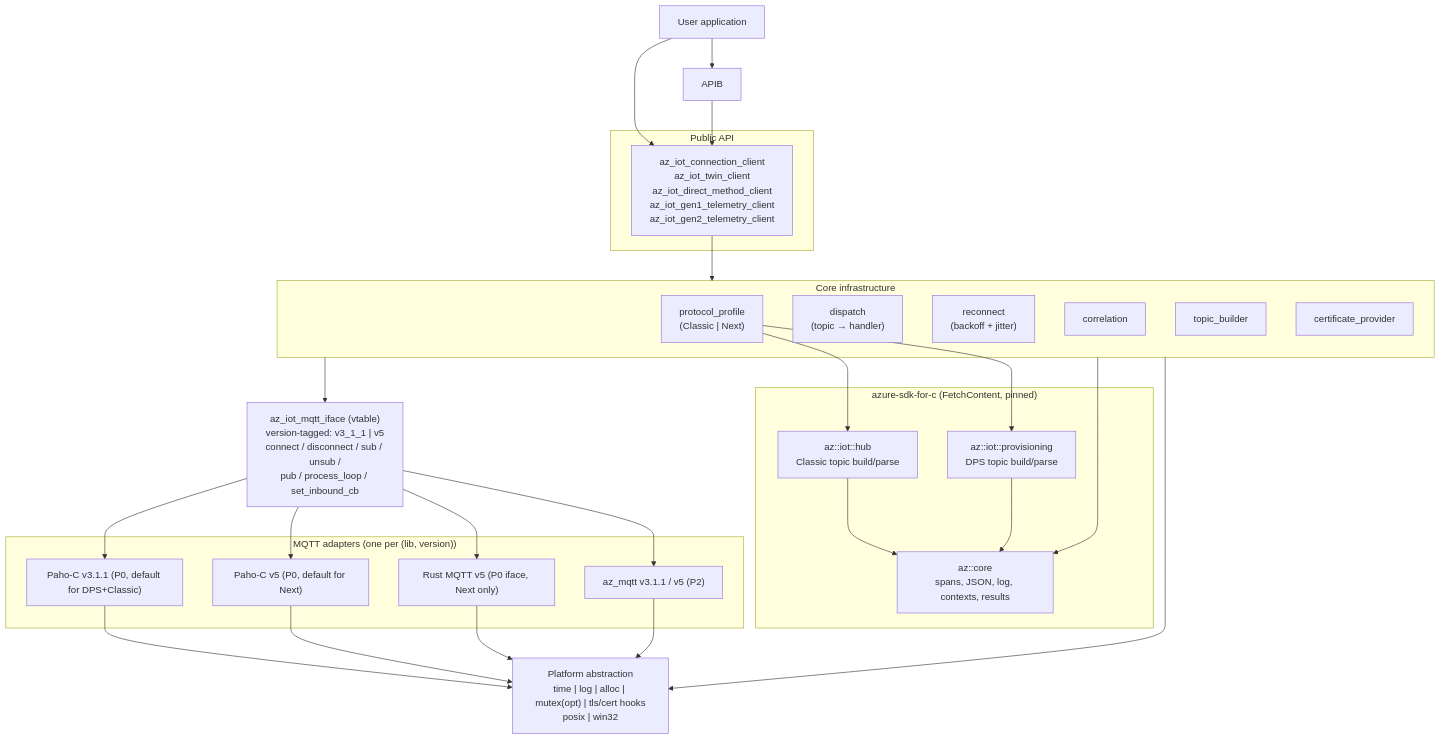
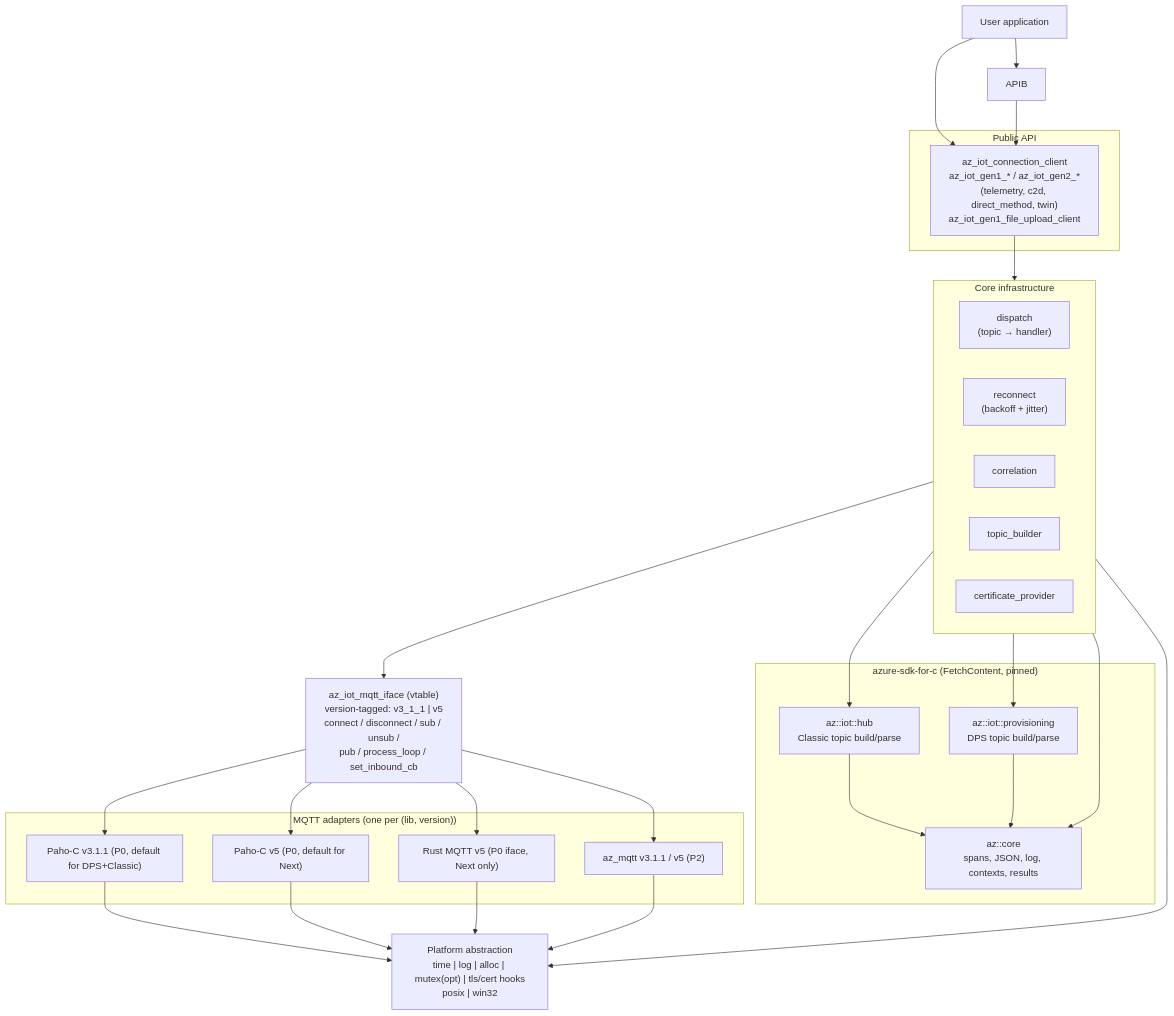
The first of 4 diagrams in c/docs/design.md (Azure/azure-iot-sdk), drawn with Mermaid before and after one commit. The commit also changed other lines of this file and 14 other files, not shown here.

First line of the commit message:
P4: delete protocol_profile entirely, not just its flavor tables

````diff
--- a/c/docs/design.md
+++ b/c/docs/design.md
@@ -30,54 +30,53 @@
 ```mermaid
 flowchart TB
     APP["User application"]
 
     subgraph PUB["Public API"]
-        APIA["az_iot_connection_client<br/>az_iot_twin_client<br/>az_iot_direct_method_client<br/>az_iot_gen1_telemetry_client<br/>az_iot_gen2_telemetry_client"]
+        APIA["az_iot_connection_client<br/>az_iot_gen1_* / az_iot_gen2_*<br/>(telemetry, c2d, direct_method, twin)<br/>az_iot_gen1_file_upload_client"]
     end
 
     subgraph CORE["Core infrastructure"]
-        PROFILE["protocol_profile<br/>(Classic | Next)"]
         DISPATCH["dispatch<br/>(topic → handler)"]
         RECONNECT["reconnect<br/>(backoff + jitter)"]
         CORR["correlation"]
         TOPIC["topic_builder"]
         CERT["certificate_provider"]
     end
 
     subgraph AZSDK["azure-sdk-for-c (FetchContent, pinned)"]
         AZCORE["az::core<br/>spans, JSON, log, contexts, results"]
         AZHUB["az::iot::hub<br/>Classic topic build/parse"]
         AZDPS["az::iot::provisioning<br/>DPS topic build/parse"]
     end
 
     IFACE["az_iot_mqtt_iface (vtable)<br/>version-tagged: v3_1_1 | v5<br/>connect / disconnect / sub / unsub /<br/>pub / process_loop / set_inbound_cb"]
 
     subgraph ADAPT["MQTT adapters (one per (lib, version))"]
         PAHO3["Paho-C v3.1.1 (P0, default for DPS+Classic)"]
         PAHO5["Paho-C v5 (P0, default for Next)"]
         RUST5["Rust MQTT v5 (P0 iface, Next only)"]
         AZMQTT["az_mqtt v3.1.1 / v5 (P2)"]
     end
 
     PLAT["Platform abstraction<br/>time | log | alloc | mutex(opt) | tls/cert hooks<br/>posix | win32"]
 
     APP --> APIB
     APP --> APIA
     APIB --> APIA
     APIA --> CORE
     CORE --> AZCORE
-    PROFILE --> AZHUB
-    PROFILE --> AZDPS
+    CORE --> AZHUB
+    CORE --> AZDPS
     AZHUB --> AZCORE
     AZDPS --> AZCORE
     CORE --> IFACE
     IFACE --> PAHO3
     IFACE --> PAHO5
     IFACE --> RUST5
     IFACE --> AZMQTT
     PAHO3 --> PLAT
     PAHO5 --> PLAT
     RUST5 --> PLAT
     AZMQTT --> PLAT
     CORE --> PLAT
 ```
````
